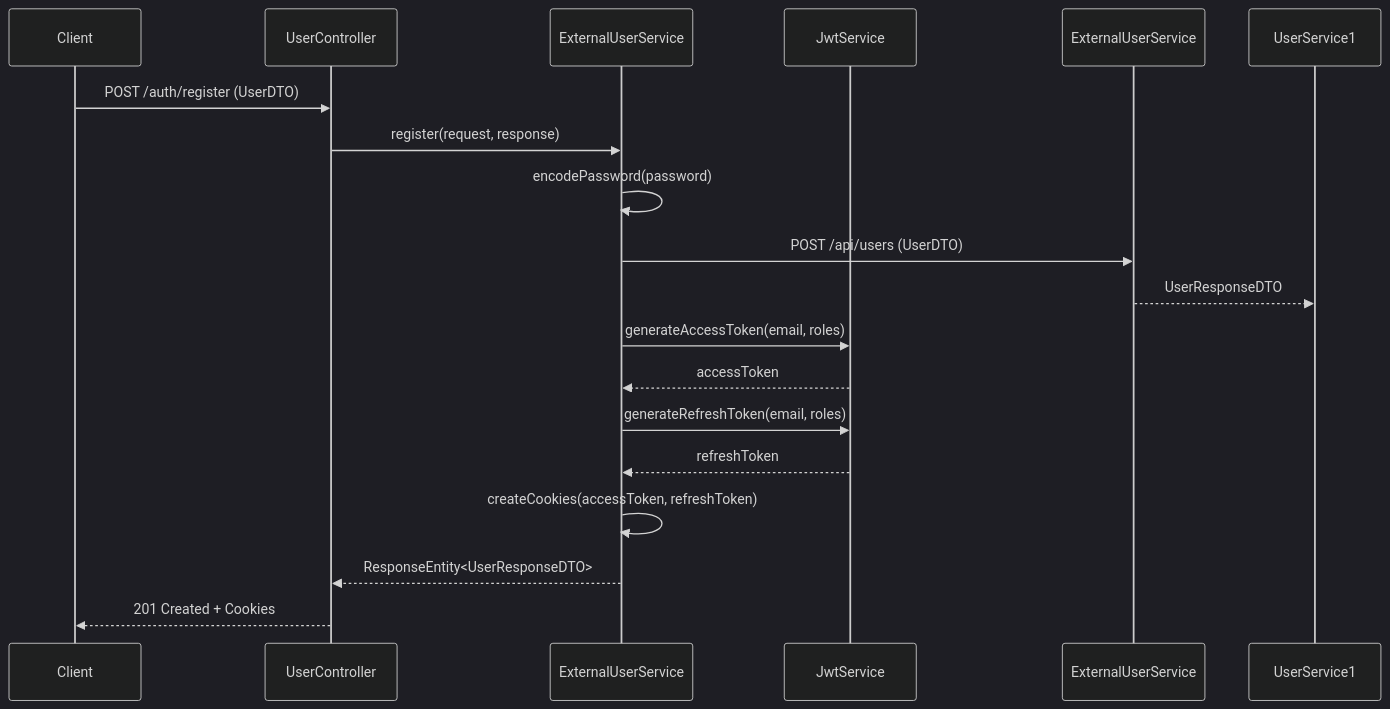
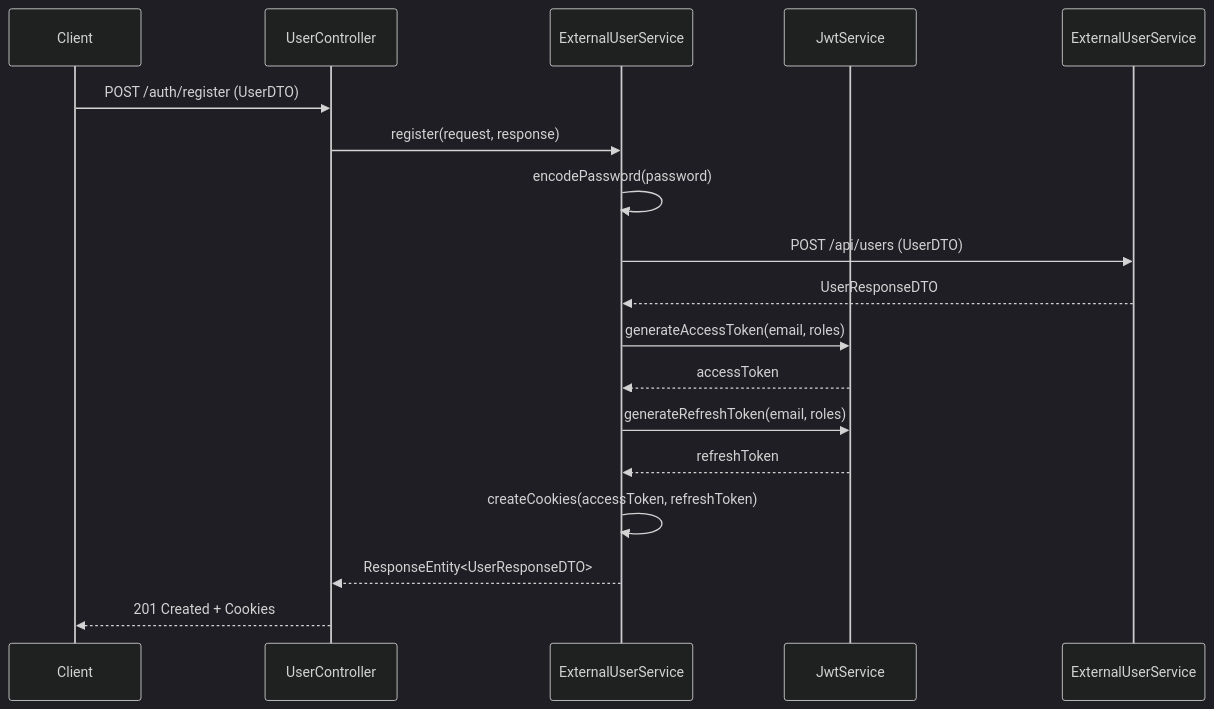
One commit to Fawry-Intern-Team/auth-api changed the first of 4 diagrams in README.md. Above: the diagram before and after it, drawn with Mermaid (dark theme).

````diff
--- a/README.md
+++ b/README.md
@@ -34,21 +34,21 @@
 ```mermaid
 sequenceDiagram
     participant Client
     participant UserController
     participant UserService
     participant JwtService
     participant UserService as ExternalUserService
 
     Client->>UserController: POST /auth/register (UserDTO)
     UserController->>UserService: register(request, response)
     UserService->>UserService: encodePassword(password)
     UserService->>ExternalUserService: POST /api/users (UserDTO)
-    ExternalUserService-->>UserService1: UserResponseDTO
+    ExternalUserService-->>UserService: UserResponseDTO
     UserService->>JwtService: generateAccessToken(email, roles)
     JwtService-->>UserService: accessToken
     UserService->>JwtService: generateRefreshToken(email, roles)
     JwtService-->>UserService: refreshToken
     UserService->>UserService: createCookies(accessToken, refreshToken)
     UserService-->>UserController: ResponseEntity<UserResponseDTO>
     UserController-->>Client: 201 Created + Cookies
 ```
````
